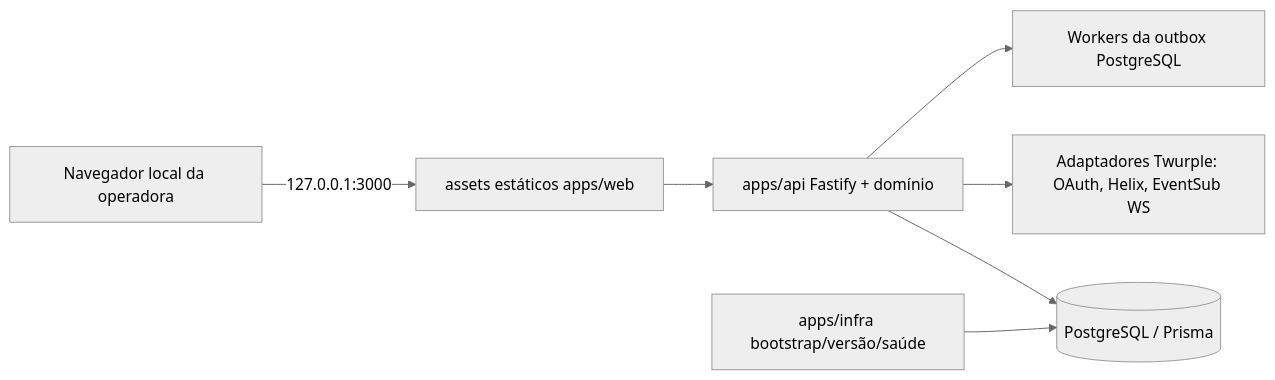
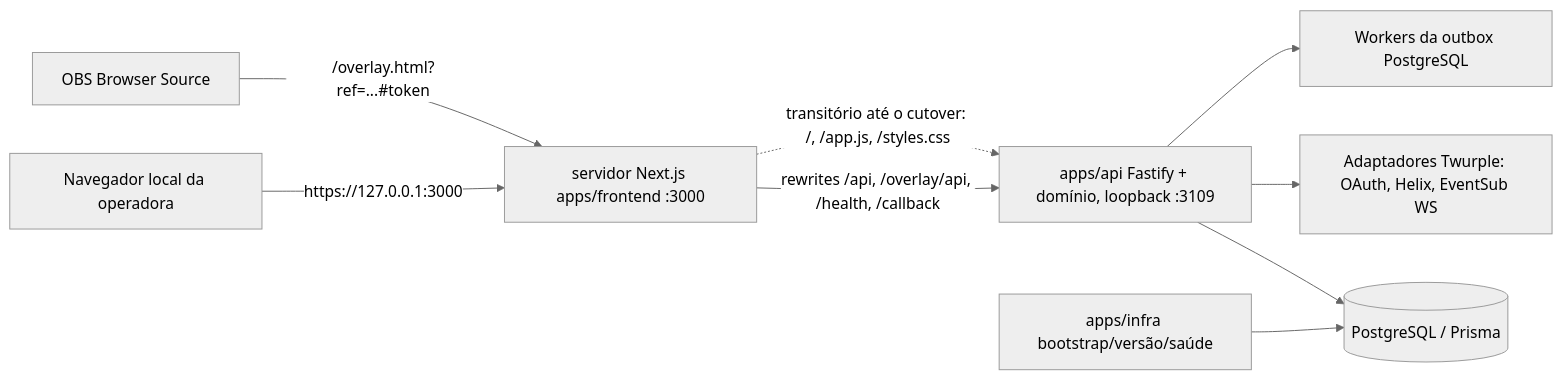
Before and after one commit to gustavo8000br/subarushogun_gi_twich_bot: the diagram in docs/pt-BR/fullstack-architecture.md, drawn with Mermaid (neutral theme). The commit also changed other lines of this file and 131 other files, not shown here.

First line of the commit message:
feat(ops-15): move shared panel modules to apps/shared and advance Next parity

````diff
--- a/docs/pt-BR/fullstack-architecture.md
+++ b/docs/pt-BR/fullstack-architecture.md
@@ -11,9 +11,11 @@
 ```mermaid
 flowchart LR
-  Browser[Navegador local da operadora] -->|127.0.0.1:3000| Web[assets estáticos apps/web]
-  Web --> API[apps/api Fastify + domínio]
+  Browser[Navegador local da operadora] -->|https://127.0.0.1:3000| Next[servidor Next.js apps/frontend :3000]
+  OBS[OBS Browser Source] -->|/overlay.html?ref=...#token| Next
+  Next -->|rewrites /api, /overlay/api, /health, /callback| API[apps/api Fastify + domínio, loopback :3109]
+  Next -.->|transitório até o cutover: /, /app.js, /styles.css| API
   API --> DB[(PostgreSQL / Prisma)]
   API --> Twitch[Adaptadores Twurple: OAuth, Helix, EventSub WS]
   API --> Outbox[Workers da outbox PostgreSQL]
   Infra[apps/infra bootstrap/versão/saúde] --> DB
 ```
````
